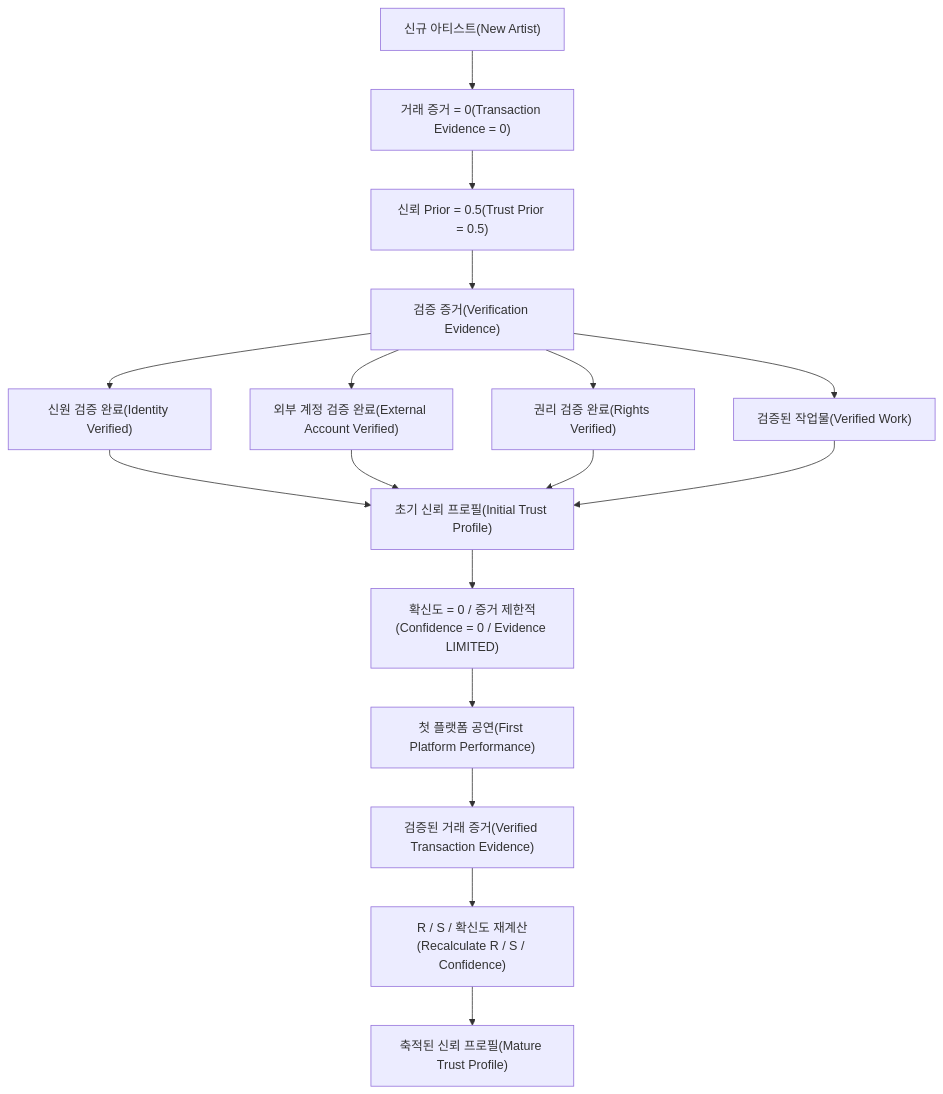
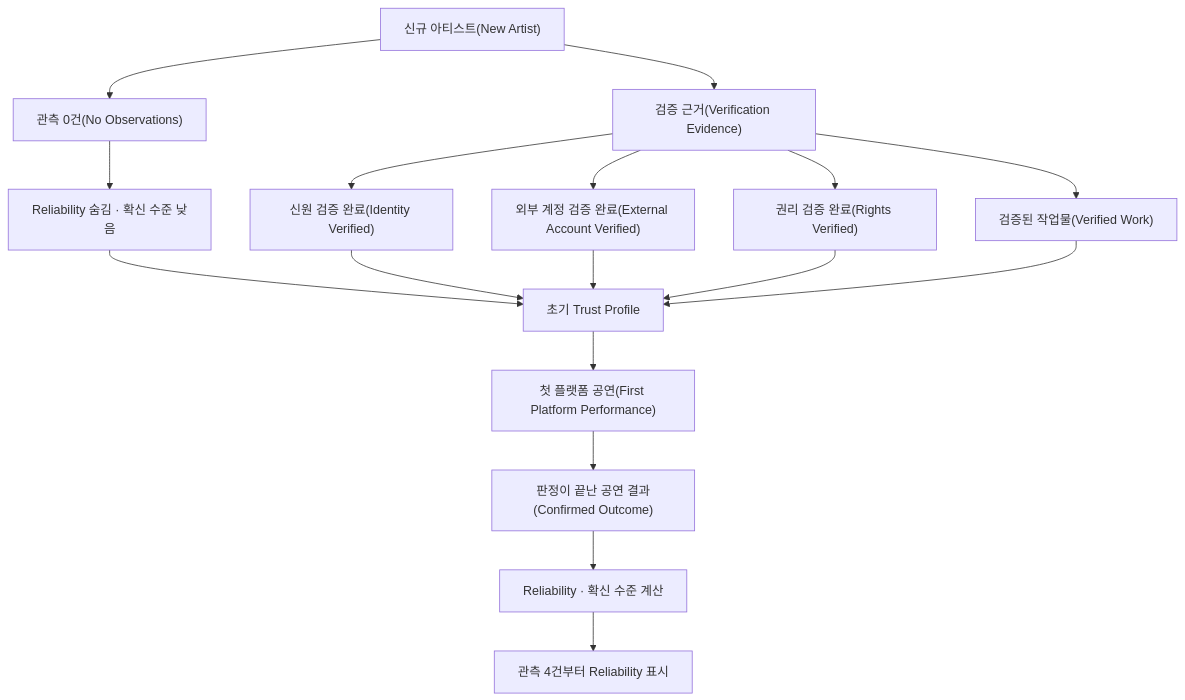
One commit to nsuCapstoneTeam/NSU_CAPSTONE changed the seventh of 10 diagrams in docs/adr/artist_trust_architecture/01_artist_trust_architecture.md. Above: the diagram before and after it, drawn with Mermaid. The commit also changed other lines of this file and 13 other files, not shown here.

First line of the commit message:
Docs: [NSU-20] Artist Reliability 설계 개정(reliability-v1)과 SSOT v1.4 반영 (#83)

````diff
--- a/docs/adr/artist_trust_architecture/01_artist_trust_architecture.md
+++ b/docs/adr/artist_trust_architecture/01_artist_trust_architecture.md
@@ -851,31 +675,30 @@
 ```mermaid
 flowchart TD
 
     NewArtist["신규 아티스트(New Artist)"]
 
-    NewArtist --> NoHistory["거래 증거 = 0(Transaction Evidence = 0)"]
+    NewArtist --> NoHistory["관측 0건(No Observations)"]
 
-    NoHistory --> Prior["신뢰 Prior = 0.5(Trust Prior = 0.5)"]
+    NoHistory --> Hidden["Reliability 숨김 · 확신 수준 낮음"]
 
-    Prior --> Verification["검증 증거(Verification Evidence)"]
+    NewArtist --> Verification["검증 근거(Verification Evidence)"]
 
     Verification --> Identity["신원 검증 완료(Identity Verified)"]
     Verification --> Account["외부 계정 검증 완료(External Account Verified)"]
     Verification --> Rights["권리 검증 완료(Rights Verified)"]
     Verification --> Work["검증된 작업물(Verified Work)"]
 
-    Identity --> InitialProfile["초기 신뢰 프로필(Initial Trust Profile)"]
+    Hidden --> InitialProfile["초기 Trust Profile"]
+    Identity --> InitialProfile
     Account --> InitialProfile
     Rights --> InitialProfile
     Work --> InitialProfile
 
-    InitialProfile --> Limited["확신도 = 0 / 증거 제한적(Confidence = 0 / Evidence LIMITED)"]
+    InitialProfile --> First["첫 플랫폼 공연(First Platform Performance)"]
 
-    Limited --> First["첫 플랫폼 공연(First Platform Performance)"]
+    First --> Outcome["판정이 끝난 공연 결과(Confirmed Outcome)"]
 
-    First --> TxEvidence["검증된 거래 증거(Verified Transaction Evidence)"]
+    Outcome --> Recalculate["Reliability · 확신 수준 계산"]
 
-    TxEvidence --> Recalculate["R / S / 확신도 재계산(Recalculate R / S / Confidence)"]
-
-    Recalculate --> Mature["축적된 신뢰 프로필(Mature Trust Profile)"]
+    Recalculate --> Mature["관측 4건부터 Reliability 표시"]
 ```
````
